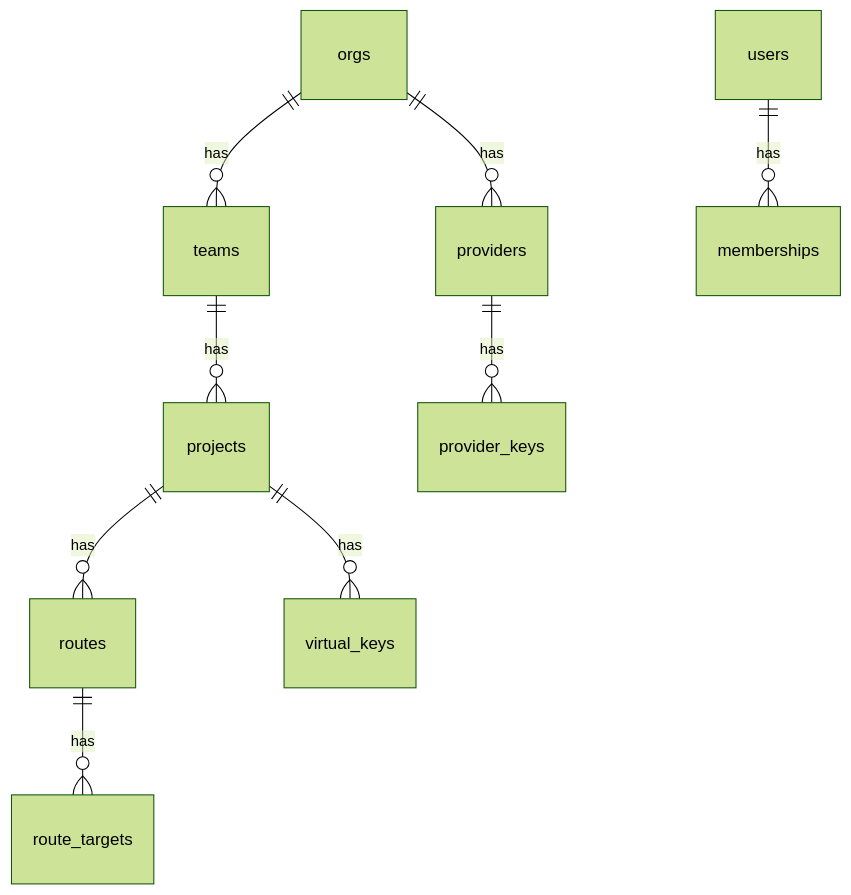
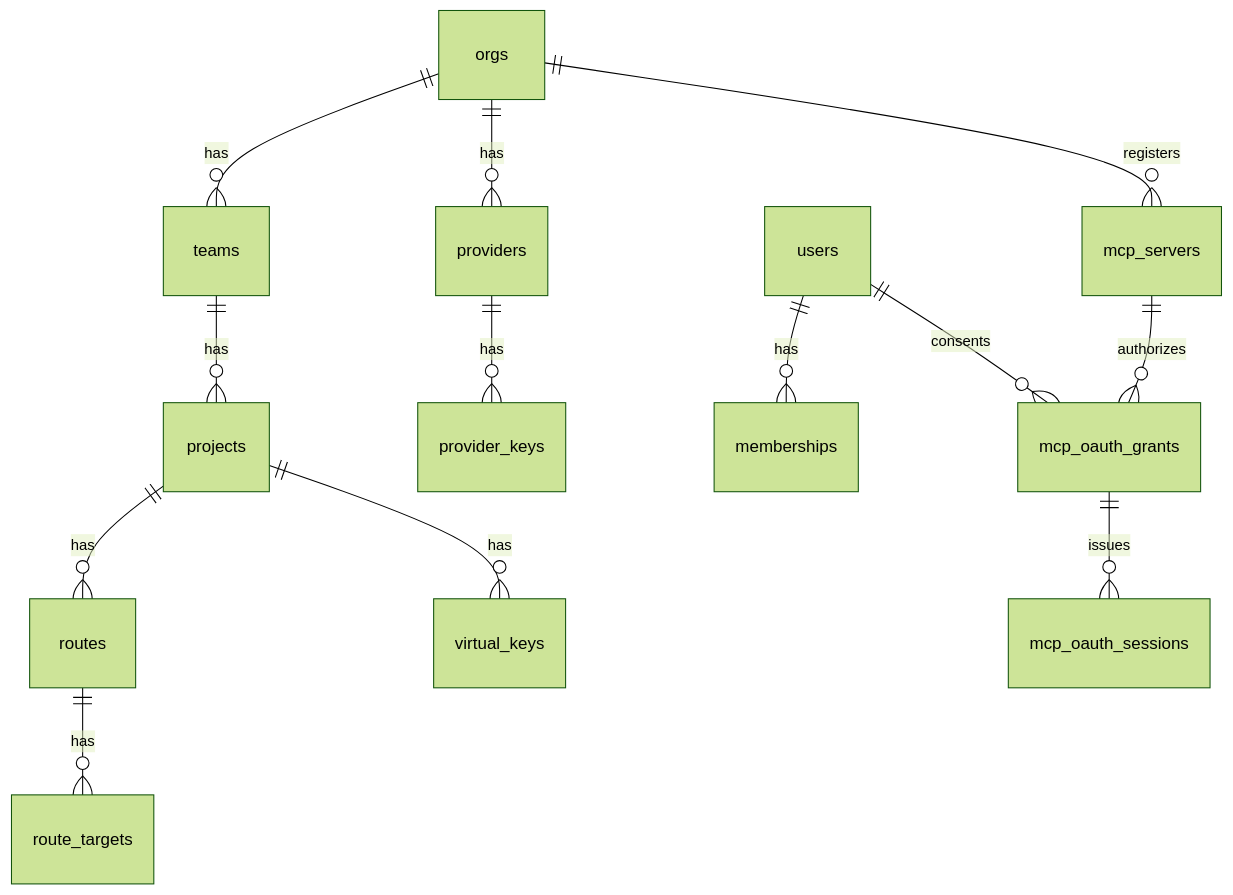
Before and after one commit to ormeilu/rolter: the diagram in docs/architecture/data-model.md, drawn with Mermaid (forest theme). The commit also changed other lines of this file and 24 other files, not shown here.

First line of the commit message:
feat(gateway): enforce MCP OAuth authorization

````diff
--- a/docs/architecture/data-model.md
+++ b/docs/architecture/data-model.md
@@ -7,11 +7,15 @@
 ```mermaid
 erDiagram
   orgs ||--o{ teams : has
   teams ||--o{ projects : has
   projects ||--o{ routes : has
   routes ||--o{ route_targets : has
   projects ||--o{ virtual_keys : has
   orgs ||--o{ providers : has
   providers ||--o{ provider_keys : has
   users ||--o{ memberships : has
+  orgs ||--o{ mcp_servers : registers
+  users ||--o{ mcp_oauth_grants : consents
+  mcp_servers ||--o{ mcp_oauth_grants : authorizes
+  mcp_oauth_grants ||--o{ mcp_oauth_sessions : issues
 ```
````
